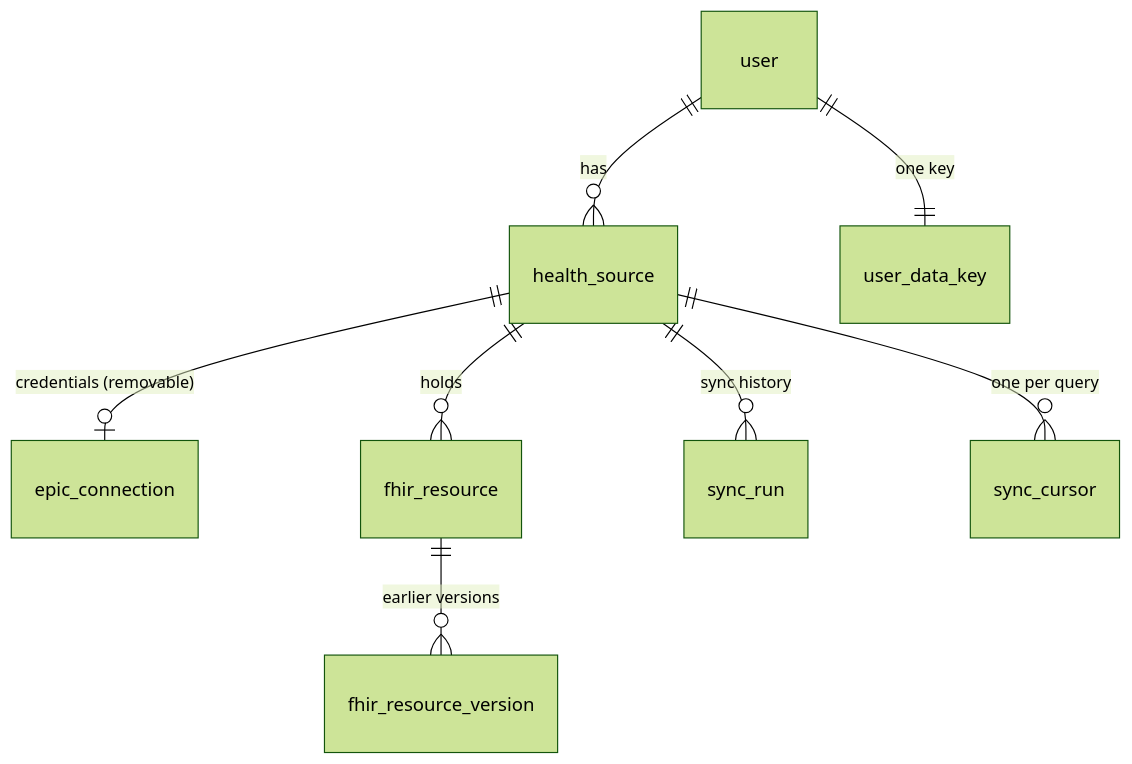
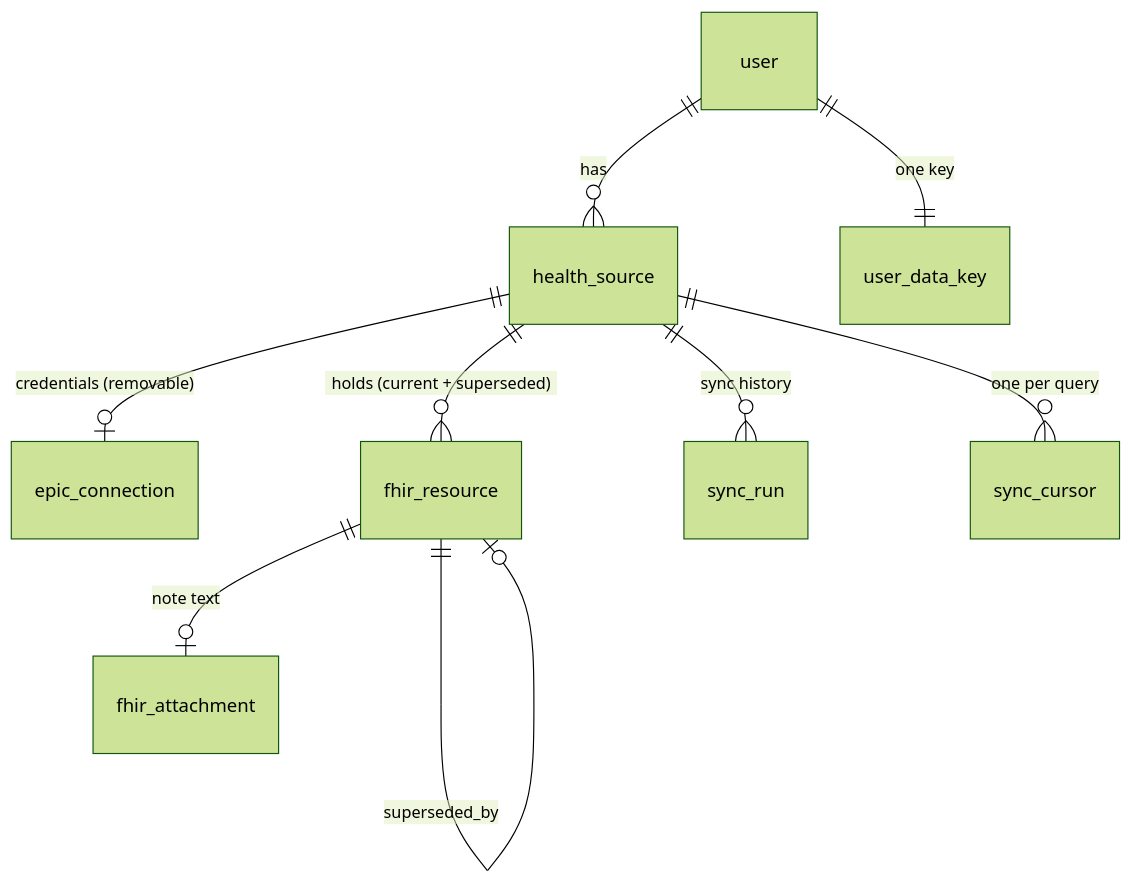
The first of 2 diagrams in docs/superpowers/specs/2026-09-26-record-storage-and-sync-design.md (chardy-b/wildheartsai), drawn with Mermaid (forest theme) before and after one commit. The commit also changed other lines of this file, not shown here.

````diff
--- a/docs/superpowers/specs/2026-09-26-record-storage-and-sync-design.md
+++ b/docs/superpowers/specs/2026-09-26-record-storage-and-sync-design.md
@@ -40,10 +65,11 @@
 ```mermaid
 erDiagram
   user ||--o{ health_source : has
   user ||--|| user_data_key : "one key"
   health_source ||--o| epic_connection : "credentials (removable)"
-  health_source ||--o{ fhir_resource : holds
+  health_source ||--o{ fhir_resource : "holds (current + superseded)"
   health_source ||--o{ sync_run : "sync history"
   health_source ||--o{ sync_cursor : "one per query"
-  fhir_resource ||--o{ fhir_resource_version : "earlier versions"
+  fhir_resource ||--o| fhir_attachment : "note text"
+  fhir_resource ||--o| fhir_resource : "superseded_by"
 ```
````
